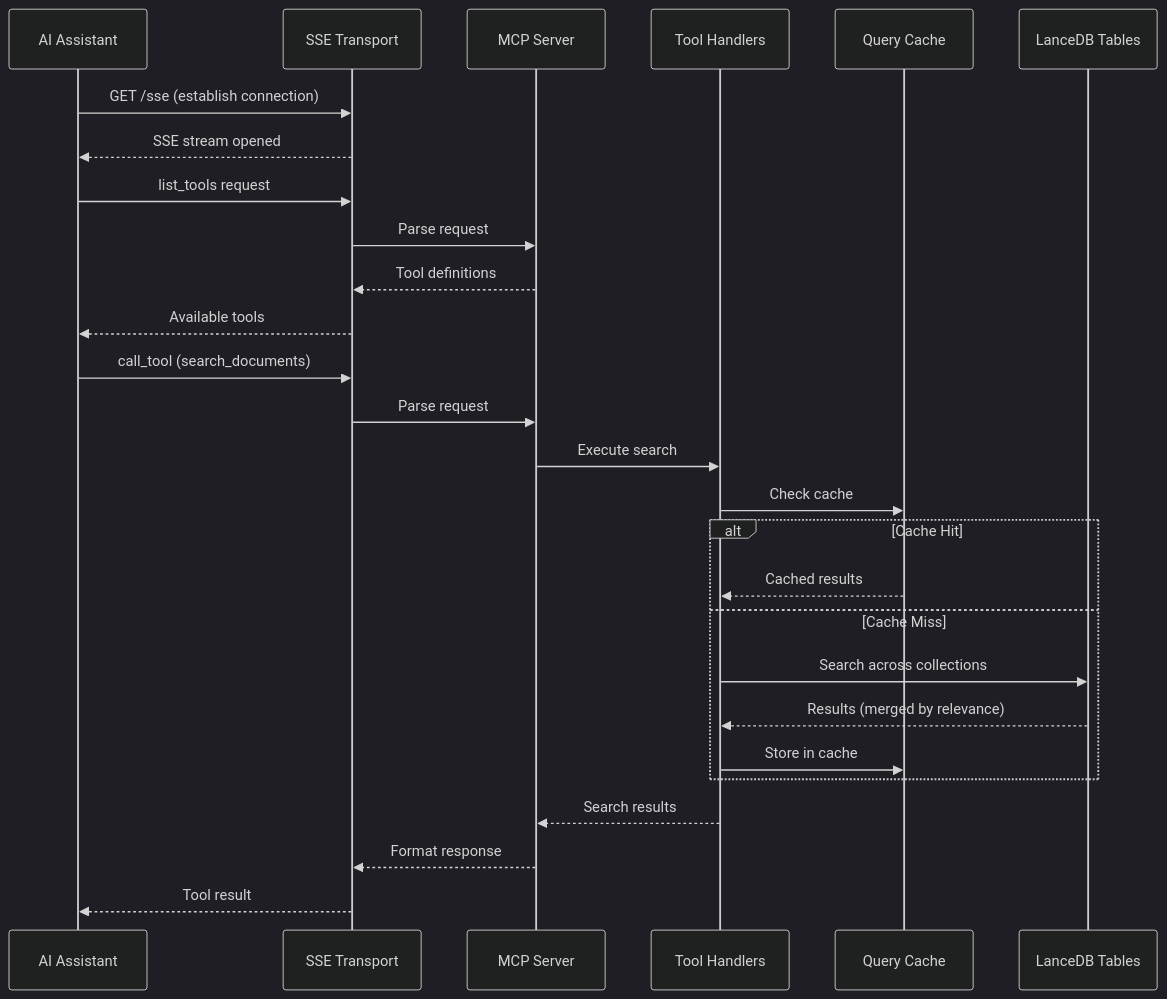
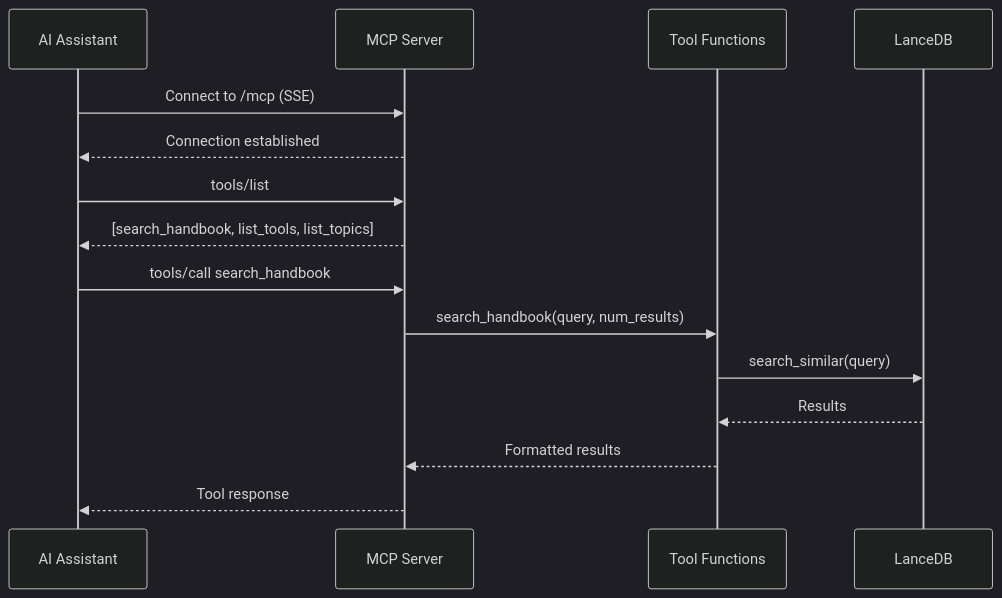
One commit to TheWinterShadow/Thoth changed the second of 2 diagrams in docs/source/architecture/mcp-server.md. Above: the diagram before and after it, drawn with Mermaid (dark theme). The commit also changed other lines of this file and 17 other files, not shown here.

First line of the commit message:
Removes legacy server code and HTTP wrapper in favor of new MCP architecture

````diff
--- a/docs/source/architecture/mcp-server.md
+++ b/docs/source/architecture/mcp-server.md
@@ -52,32 +123,20 @@
 ```mermaid
 sequenceDiagram
     participant Client as AI Assistant
-    participant SSE as SSE Transport
-    participant MCP as MCP Server
-    participant Tools as Tool Handlers
-    participant Cache as Query Cache
-    participant DB as LanceDB Tables
+    participant Server as MCP Server
+    participant Tools as Tool Functions
+    participant DB as LanceDB
 
-    Client->>SSE: GET /sse (establish connection)
-    SSE-->>Client: SSE stream opened
+    Client->>Server: Connect to /mcp (SSE)
+    Server-->>Client: Connection established
 
-    Client->>SSE: list_tools request
-    SSE->>MCP: Parse request
-    MCP-->>SSE: Tool definitions
-    SSE-->>Client: Available tools
+    Client->>Server: tools/list
+    Server-->>Client: [search_handbook, list_tools, list_topics]
 
-    Client->>SSE: call_tool (search_documents)
-    SSE->>MCP: Parse request
-    MCP->>Tools: Execute search
-    Tools->>Cache: Check cache
-    alt Cache Hit
-        Cache-->>Tools: Cached results
-    else Cache Miss
-        Tools->>DB: Search across collections
-        DB-->>Tools: Results (merged by relevance)
-        Tools->>Cache: Store in cache
-    end
-    Tools-->>MCP: Search results
-    MCP-->>SSE: Format response
-    SSE-->>Client: Tool result
+    Client->>Server: tools/call search_handbook
+    Server->>Tools: search_handbook(query, num_results)
+    Tools->>DB: search_similar(query)
+    DB-->>Tools: Results
+    Tools-->>Server: Formatted results
+    Server-->>Client: Tool response
 ```
````
